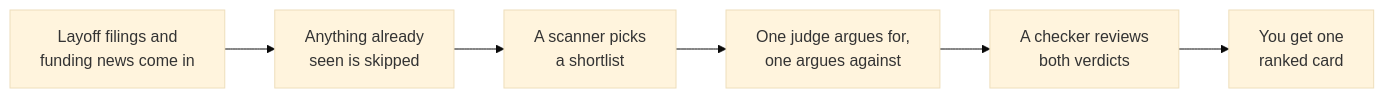
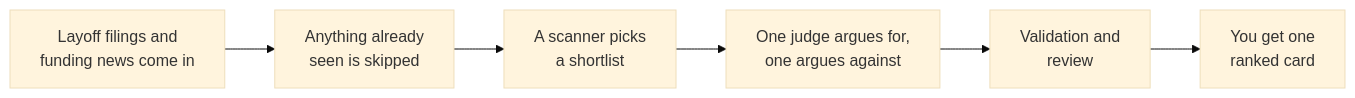
One commit to onepromptman/talent-alpha changed the diagram in README.md. Above: the diagram before and after it, drawn with Mermaid (base theme). The commit also changed other lines of this file and 72 other files, not shown here.

````diff
--- a/README.md
+++ b/README.md
@@ -35,8 +69,8 @@
 ```mermaid
 flowchart LR
   A["Layoff filings and<br/>funding news come in"] --> B["Anything already<br/>seen is skipped"]
   B --> C["A scanner picks<br/>a shortlist"]
   C --> D["One judge argues for,<br/>one argues against"]
-  D --> E["A checker reviews<br/>both verdicts"]
+  D --> E["Validation and<br/>review"]
   E --> F["You get one<br/>ranked card"]
 ```
````
